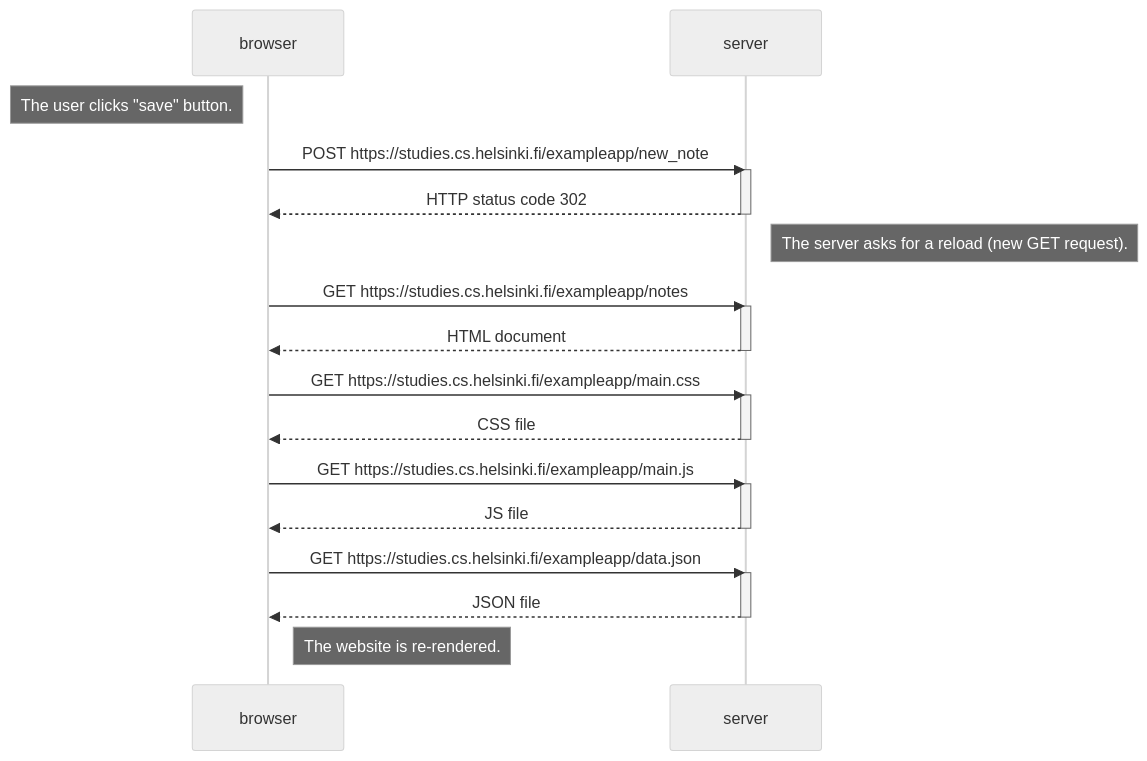
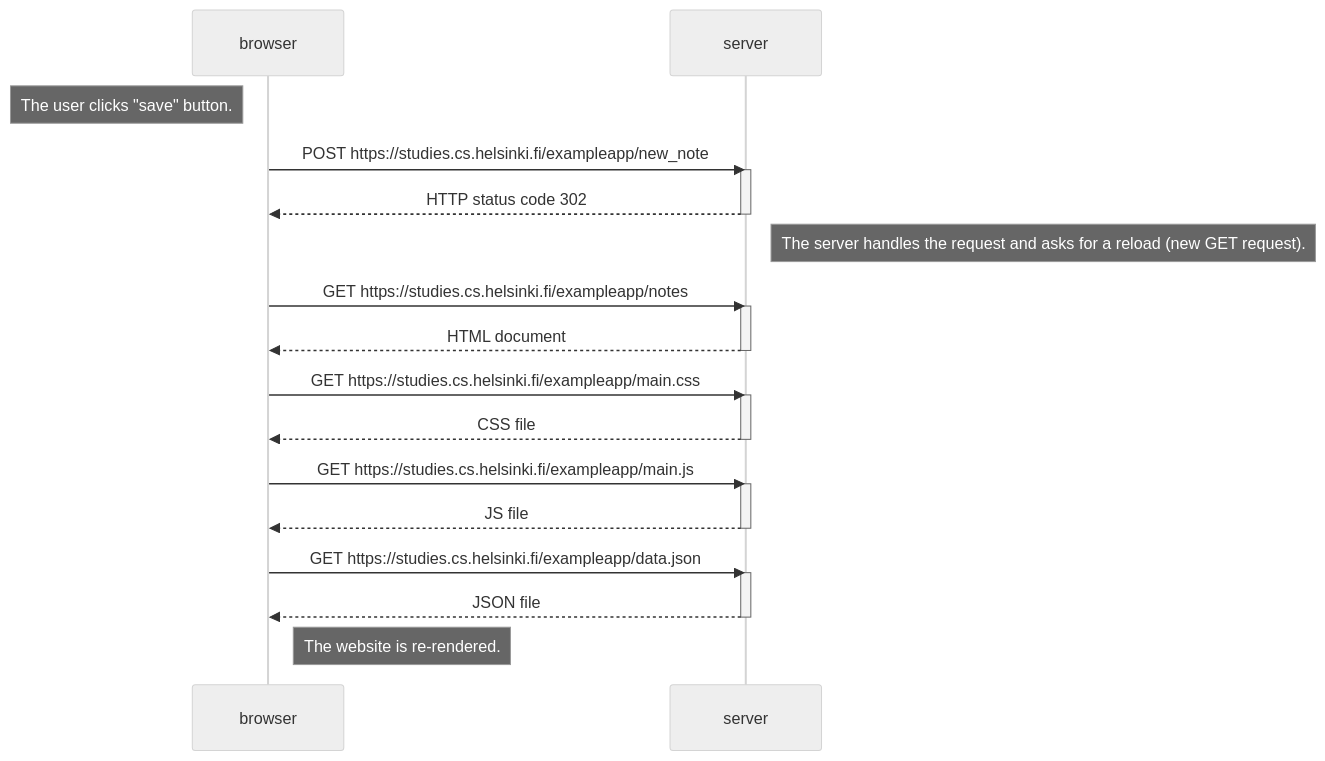
Before and after one commit to joellehtonen/fullstackopen: the diagram in part0/new_note_diagram.md, drawn with Mermaid (neutral theme).

Commit message:
expanded one comment

````diff
--- a/part0/new_note_diagram.md
+++ b/part0/new_note_diagram.md
@@ -1,36 +1,36 @@
 ```mermaid
 sequenceDiagram
     participant browser
     participant server
     
     Note left of browser: The user clicks "save" button.
 
     browser->>server: POST https://studies.cs.helsinki.fi/exampleapp/new_note
     activate server
     server-->>browser: HTTP status code 302
     deactivate server
 
-    Note right of server: The server asks for a reload (new GET request).
+    Note right of server: The server handles the request and asks for a reload (new GET request).
 
     browser->>server: GET https://studies.cs.helsinki.fi/exampleapp/notes
     activate server
     server-->>browser: HTML document
     deactivate server
 
     browser->>server: GET https://studies.cs.helsinki.fi/exampleapp/main.css
     activate server
     server-->>browser: CSS file
     deactivate server
 
     browser->>server: GET https://studies.cs.helsinki.fi/exampleapp/main.js
     activate server
     server-->>browser: JS file
     deactivate server
 
     browser->>server: GET https://studies.cs.helsinki.fi/exampleapp/data.json
     activate server
     server-->>browser: JSON file
     deactivate server
 
     Note right of browser: The website is re-rendered.
 ```
````
